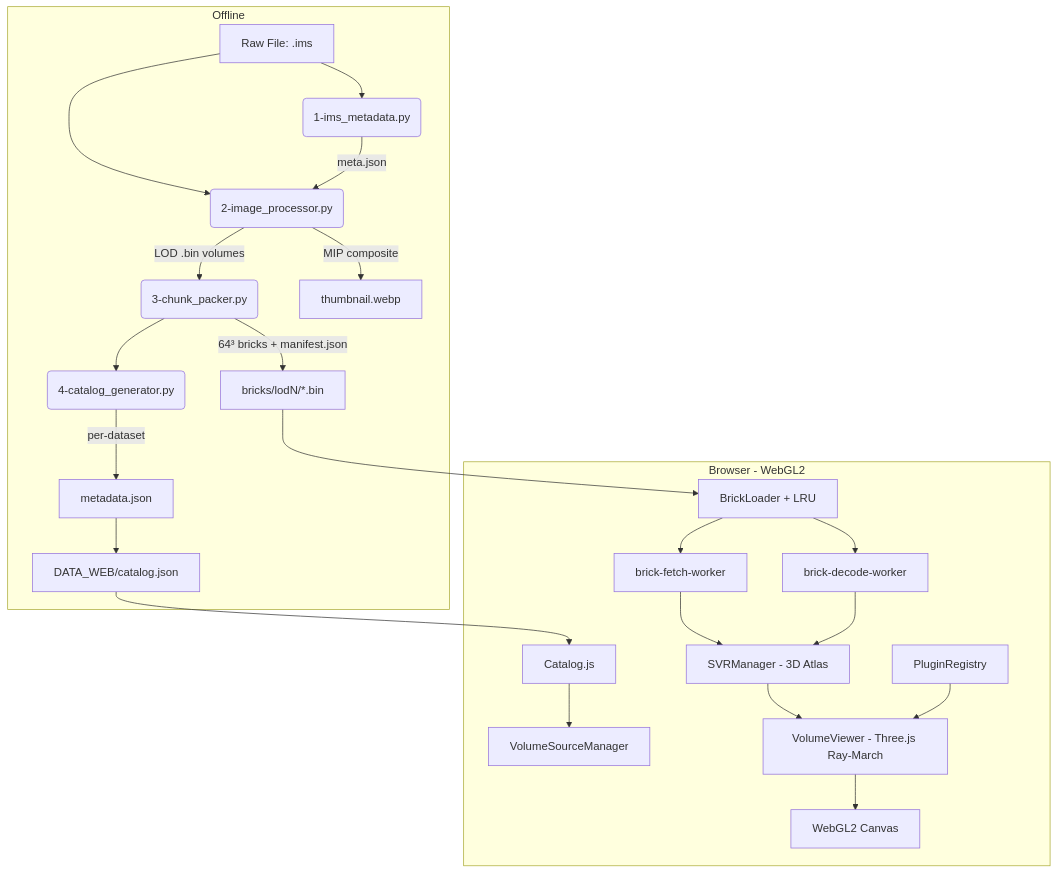
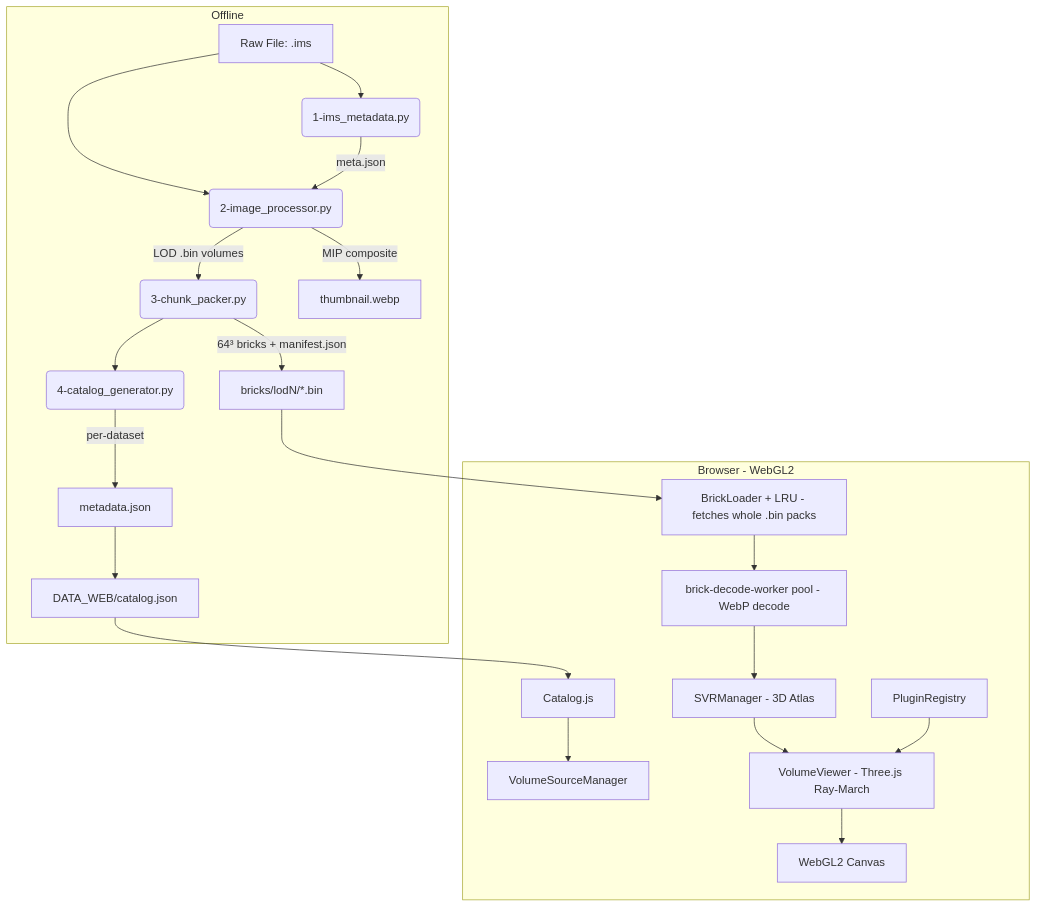
Before and after one commit to nutchaxo/lumen3D: the diagram in README.md, drawn with Mermaid. The commit also changed other lines of this file and 3 other files, not shown here.

````diff
--- a/README.md
+++ b/README.md
@@ -52,27 +52,25 @@
 ```mermaid
 graph TD
     subgraph Preprocessing Pipeline [Offline]
         A[Raw File: .ims] --> B(1-ims_metadata.py)
         A --> C(2-image_processor.py)
         B -->|meta.json| C
         C -->|LOD .bin volumes| D(3-chunk_packer.py)
         C -->|MIP composite| E[thumbnail.webp]
         D -->|64³ bricks + manifest.json| F[bricks/lodN/*.bin]
         D --> G(4-catalog_generator.py)
         G -->|per-dataset| H[metadata.json]
         H --> I[DATA_WEB/catalog.json]
     end
 
     subgraph Client [Browser - WebGL2]
         I --> J[Catalog.js]
         J --> K[VolumeSourceManager]
-        F --> L[BrickLoader + LRU]
-        L --> M[brick-fetch-worker]
-        L --> N[brick-decode-worker]
-        M --> O[SVRManager - 3D Atlas]
-        N --> O
+        F --> L[BrickLoader + LRU - fetches whole .bin packs]
+        L --> N[brick-decode-worker pool - WebP decode]
+        N --> O[SVRManager - 3D Atlas]
         O --> P[VolumeViewer - Three.js Ray-March]
         P --> Q[WebGL2 Canvas]
         R[PluginRegistry] --> P
     end
 ```
````
